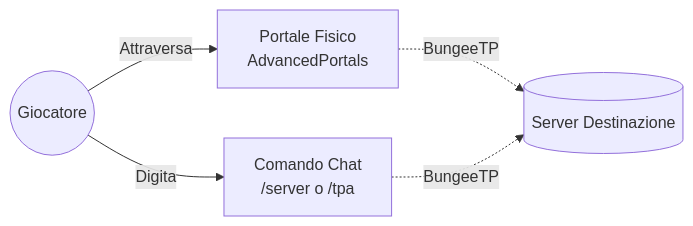
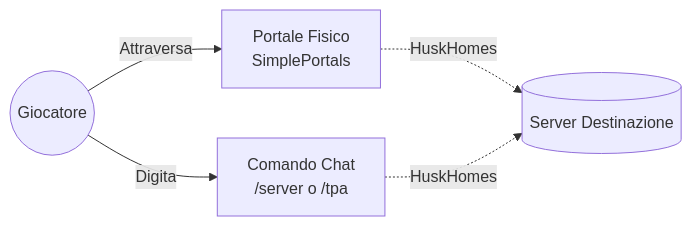
The third of 3 diagrams in GUIDE.md (AlfioSaitta/MC-Panel), drawn with Mermaid before and after one commit. The commit also changed other lines of this file and 24 other files, not shown here.

First line of the commit message:
chore: major architectural overhaul & security fixes

````diff
--- a/GUIDE.md
+++ b/GUIDE.md
@@ -159,11 +166,11 @@
 ```mermaid
 flowchart LR
     Player(("Giocatore"))
-    Portal["Portale Fisico<br>AdvancedPortals"]
+    Portal["Portale Fisico<br>SimplePortals"]
     Command["Comando Chat<br>/server o /tpa"]
     
     Player -->|Attraversa| Portal
     Player -->|Digita| Command
-    Portal -.->|BungeeTP| Destination[("Server Destinazione")]
-    Command -.->|BungeeTP| Destination
+    Portal -.->|HuskHomes| Destination[("Server Destinazione")]
+    Command -.->|HuskHomes| Destination
 ```
````
